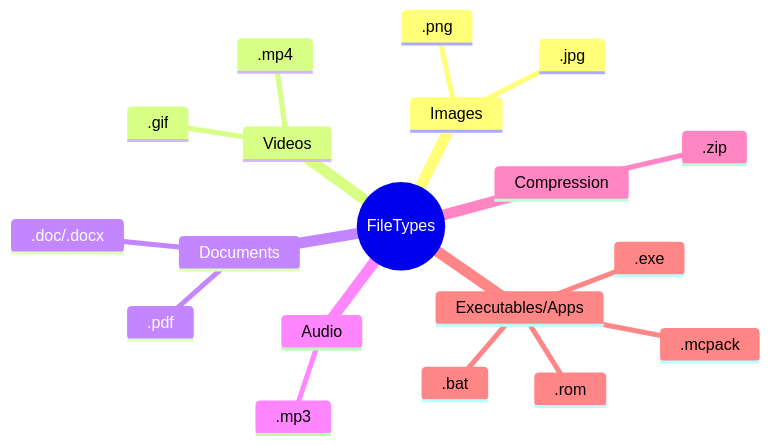
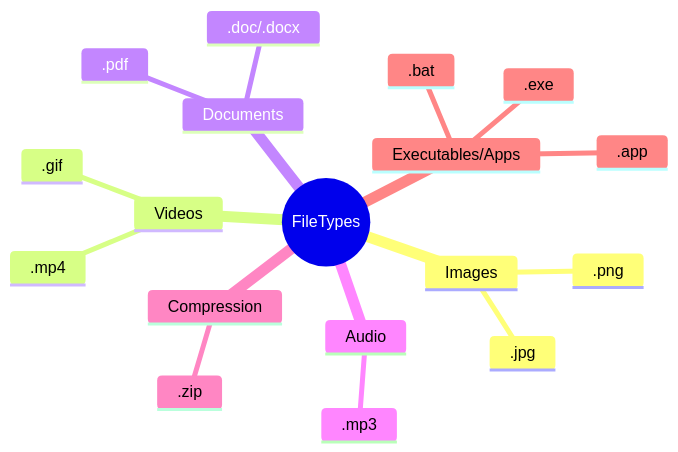
The diagram in pages/file-systems.md (mrmatho/7dt-slides), drawn with Mermaid before and after one commit. The commit also changed 1 other file, not shown here.

Commit message:
Minor: small changes to servers and file systems

````diff
--- a/pages/file-systems.md
+++ b/pages/file-systems.md
@@ -65,22 +65,21 @@
 ```mermaid
 mindmap
   root((FileTypes))
     Images
       .jpg
       .png
     Videos
       .mp4
       .gif
     Documents
       .pdf
       .doc/.docx
     Audio
       .mp3
     Compression
       .zip
     Executables/Apps
       .exe
       .bat
-      .rom
-      .mcpack
+      .app
 ```
````
